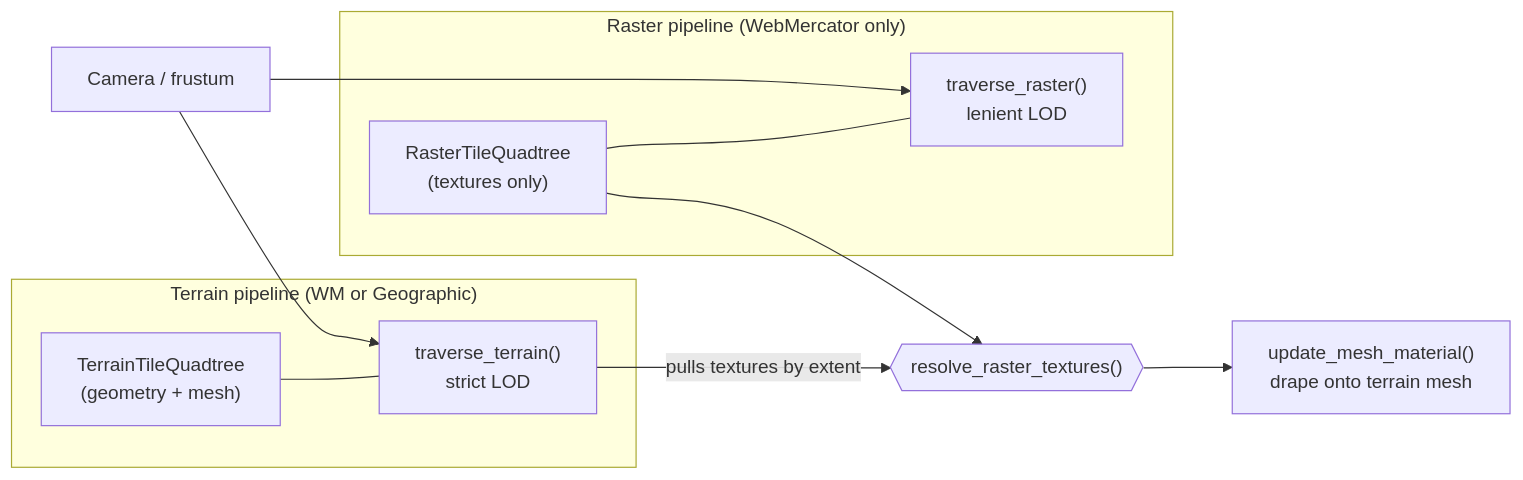
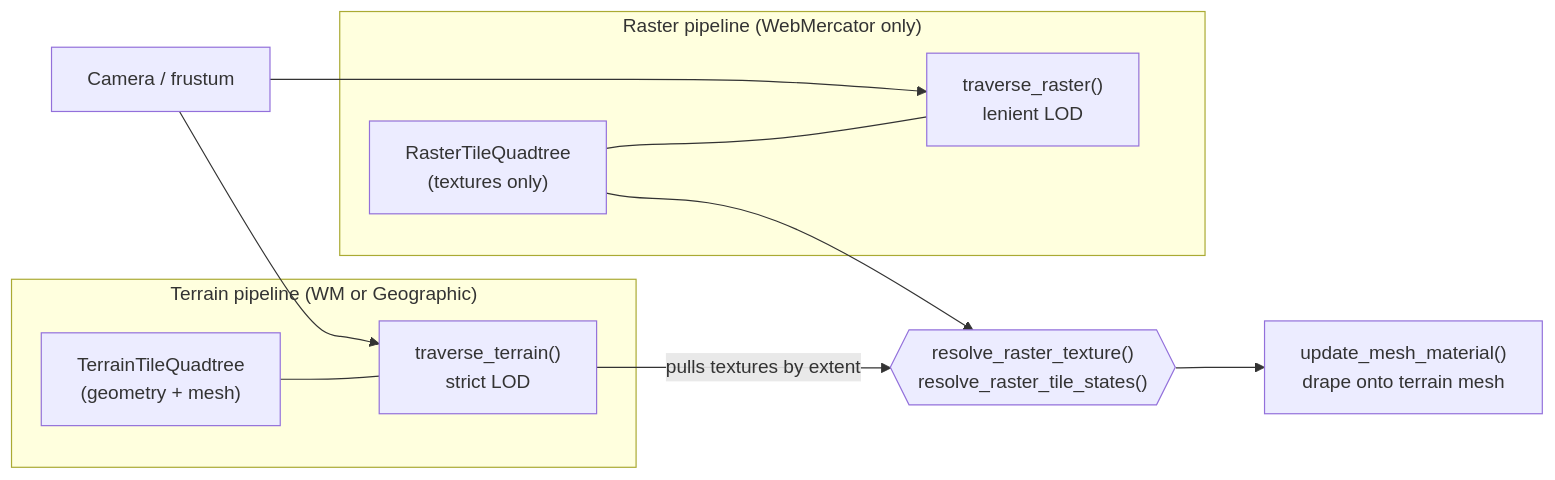
The first of 10 diagrams in guide/TILE_TERRAIN_TRAVERSAL.md (matrix9neonebuchadnezzar2199-sketch/navara), drawn with Mermaid before and after one commit. The commit also changed other lines of this file and 39 other files, not shown here.

````diff
--- a/guide/TILE_TERRAIN_TRAVERSAL.md
+++ b/guide/TILE_TERRAIN_TRAVERSAL.md
@@ -38,18 +38,18 @@
 ```mermaid
 flowchart LR
   subgraph Terrain["Terrain pipeline (WM or Geographic)"]
     TQT["TerrainTileQuadtree<br/>(geometry + mesh)"]
     TT["traverse_terrain()<br/>strict LOD"]
     TQT --- TT
   end
   subgraph Raster["Raster pipeline (WebMercator only)"]
     RQT["RasterTileQuadtree<br/>(textures only)"]
     RT["traverse_raster()<br/>lenient LOD"]
     RQT --- RT
   end
   CAM["Camera / frustum"] --> TT
   CAM --> RT
-  TT -->|"pulls textures by extent"| JOIN{{"resolve_raster_textures()"}}
+  TT -->|"pulls textures by extent"| JOIN{{"resolve_raster_texture()<br/>resolve_raster_tile_states()"}}
   RQT --> JOIN
   JOIN --> MAT["update_mesh_material()<br/>drape onto terrain mesh"]
 ```
````
